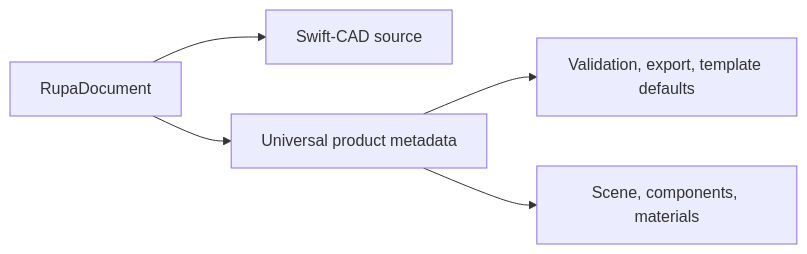
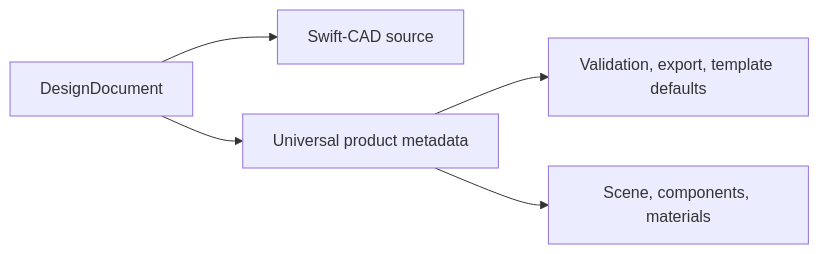
One commit to 1amageek/Rupa changed the second of 11 diagrams in Rupa/PHILOSOPHY.md. Above: the diagram before and after it, drawn with Mermaid. The commit also changed other lines of this file and 153 other files, not shown here.

````diff
--- a/Rupa/PHILOSOPHY.md
+++ b/Rupa/PHILOSOPHY.md
@@ -45,7 +45,7 @@
 ```mermaid
 flowchart LR
-    RupaDoc["RupaDocument"] --> Source["Swift-CAD source"]
-    RupaDoc --> Metadata["Universal product metadata"]
+    DesignDoc["DesignDocument"] --> Source["Swift-CAD source"]
+    DesignDoc --> Metadata["Universal product metadata"]
     Metadata --> Presets["Validation, export, template defaults"]
     Metadata --> Organization["Scene, components, materials"]
 ```
````
